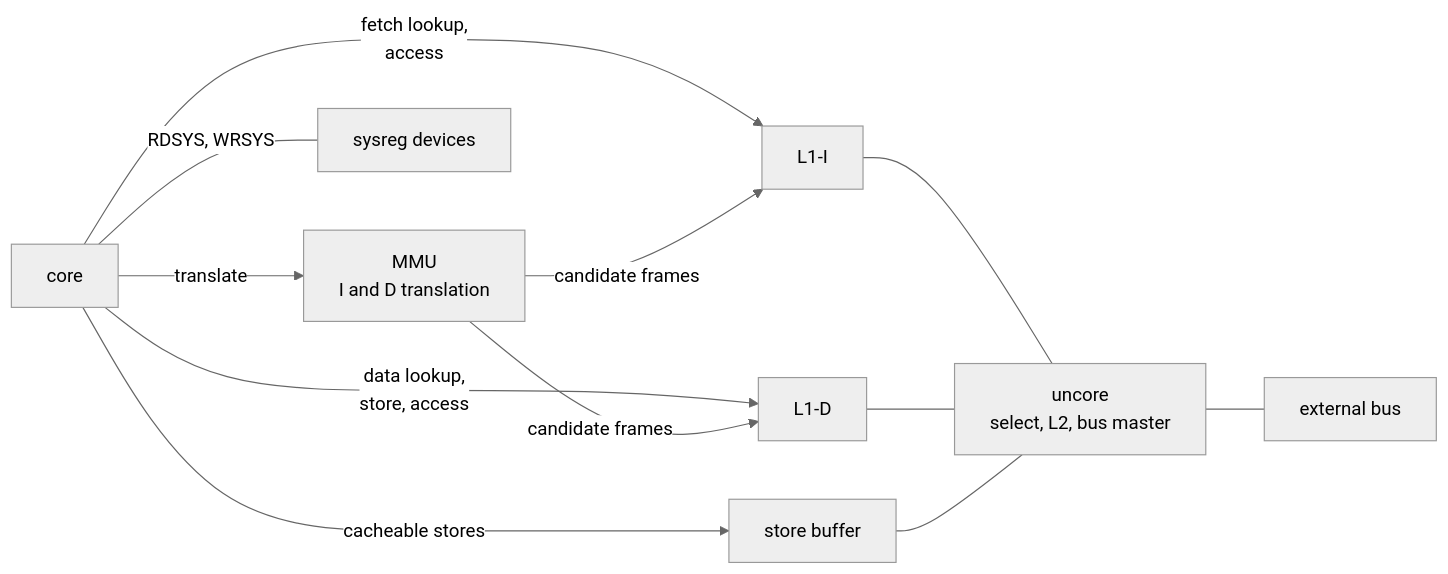
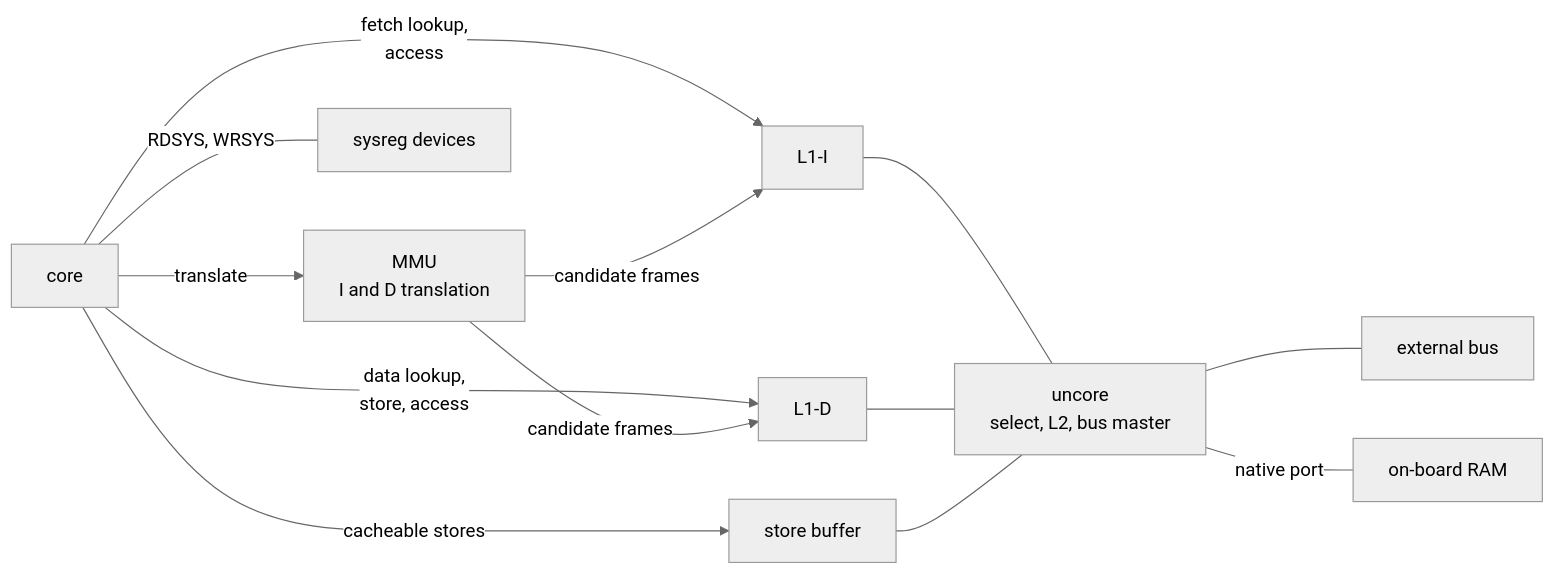
One commit to lonemeow/penumbra-minicomputer changed the first of 2 diagrams in doc/internals/penumbra4/structure.md. Above: the diagram before and after it, drawn with Mermaid (neutral theme). The commit also changed other lines of this file and 2 other files, not shown here.

First line of the commit message:
doc: make a native port for on-board RAM a gen4 target

````diff
--- a/doc/internals/penumbra4/structure.md
+++ b/doc/internals/penumbra4/structure.md
@@ -58,22 +60,24 @@
 ```mermaid
 graph LR
     CORE["core"]
     MMU["MMU<br/>I and D translation"]
     L1I["L1-I"]
     L1D["L1-D"]
     SB["store buffer"]
     UC["uncore<br/>select, L2, bus master"]
     DEV["sysreg devices"]
     BUS["external bus"]
+    RAM["on-board RAM"]
     CORE -->|"fetch lookup,<br/>access"| L1I
     CORE -->|"data lookup,<br/>store, access"| L1D
     CORE -->|"translate"| MMU
     MMU -->|"candidate frames"| L1I
     MMU -->|"candidate frames"| L1D
     CORE -->|"cacheable stores"| SB
     L1I --- UC
     L1D --- UC
     SB --- UC
     UC --- BUS
+    UC ---|"native port"| RAM
     CORE ---|"RDSYS, WRSYS"| DEV
 ```
````
